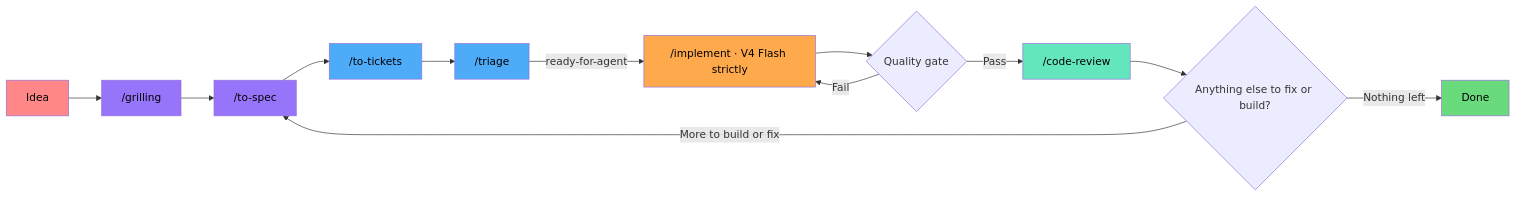
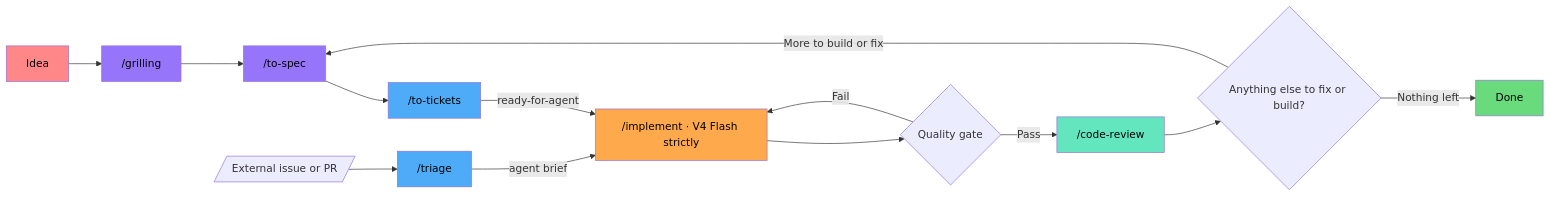
Before and after one commit to elisharkray1030/ai-coding-workflow: the diagram in README.md, drawn with Mermaid. The commit also changed other lines of this file, not shown here.

First line of the commit message:
0812: triage is the inbound lane, not a pipeline gate

````diff
--- a/README.md
+++ b/README.md
@@ -13,28 +13,30 @@
 ```mermaid
 graph LR
     ID[Idea] --> GR[ /grilling]
     GR --> SP[ /to-spec]
     SP --> TK[ /to-tickets]
-    TK --> TR[ /triage]
-    TR -->|ready-for-agent| IM[ /implement · V4 Flash strictly]
+    TK -->|ready-for-agent| IM[ /implement · V4 Flash strictly]
     IM --> Q{Quality gate}
     Q -->|Pass| CR[ /code-review]
     Q -->|Fail| IM
     CR --> LOOP{Anything else to fix or build?}
     LOOP -->|More to build or fix| SP
     LOOP -->|Nothing left| DN[Done]
+
+    EXT[/External issue or PR/] --> TR[ /triage]
+    TR -->|agent brief| IM
 
     classDef red fill:#ff8787,color:#000
     classDef purple fill:#9775fa,color:#000
     classDef green fill:#69db7c,color:#000
     classDef blue fill:#4dabf7,color:#000
     classDef orange fill:#ffa94d,color:#000
     classDef teal fill:#63e6be,color:#000
 
     class ID red
     class GR,SP purple
     class TK,TR blue
     class IM orange
     class CR teal
     class DN green
 ```
````
